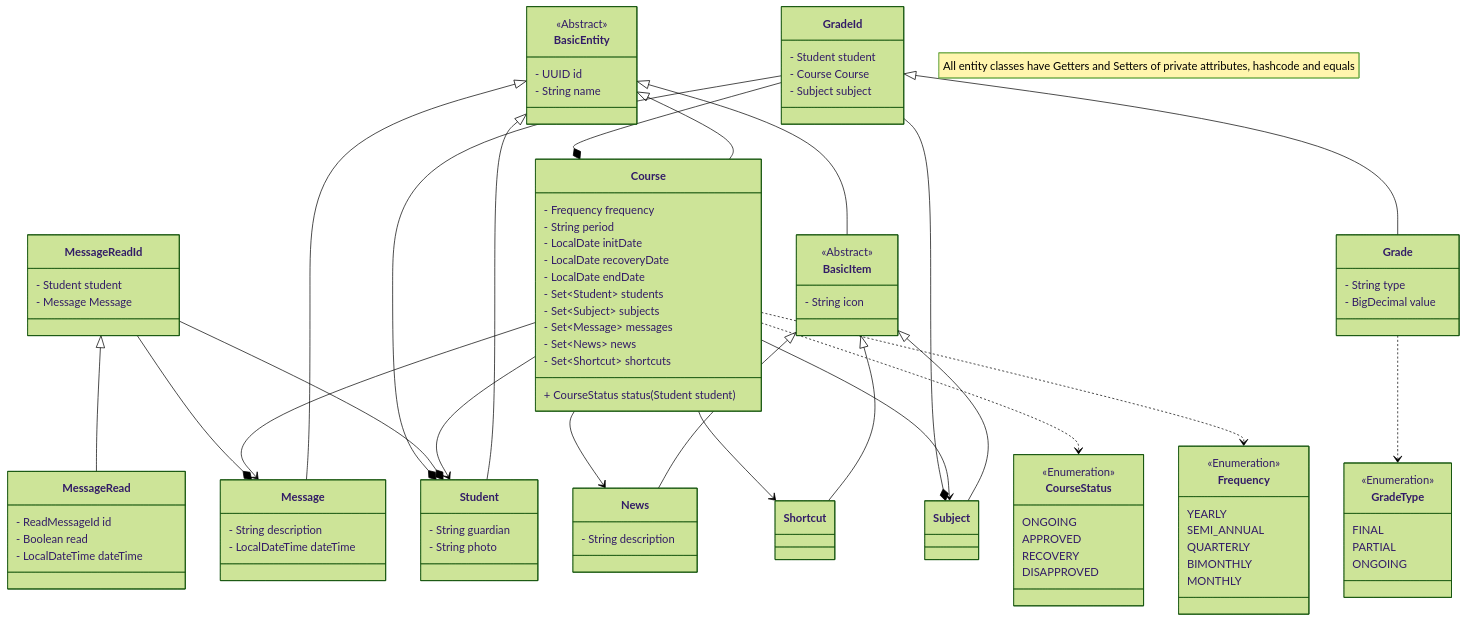
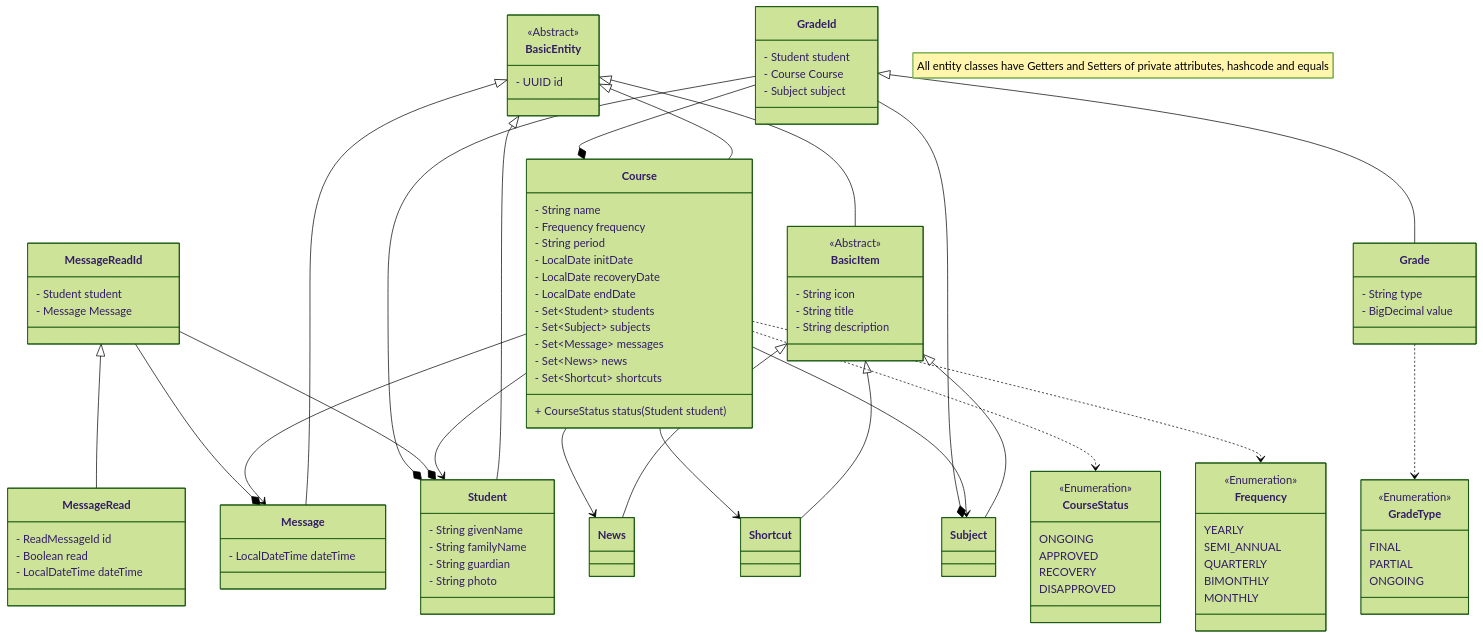
The second of 2 diagrams in README.md (didifive/ess-api), drawn with Mermaid (forest theme) before and after one commit.

Commit message:
docs: update class diagram

```diff
--- a/README.md
+++ b/README.md
@@ -165,20 +165,24 @@
     class BasicEntity {
     <<Abstract>>
         - UUID id
-        - String name
     }
     
     class BasicItem {
     <<Abstract>>
         - String icon
+        - String title
+        - String description
     }
 
     class Student {
+        - String givenName
+        - String familyName
         - String guardian
         - String photo
     }
 
     class Course {
+        - String name
         - Frequency frequency
         - String period
         - LocalDate initDate
@@ -210,7 +214,6 @@
     }
 
     class Message {
-        - String description
         - LocalDateTime dateTime
     }
 
@@ -223,10 +226,6 @@
     class MessageReadId {
         - Student student
         - Message Message
-    }
-
-    class News {
-        - String description
     }
 
     class Grade {
@@ -246,6 +245,8 @@
         PARTIAL
         ONGOING
     }
+    
+    class News
 
     class Shortcut
 
```
